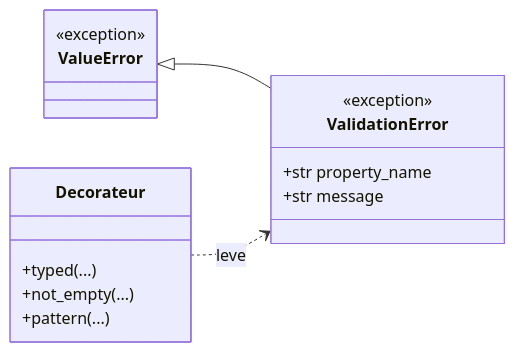
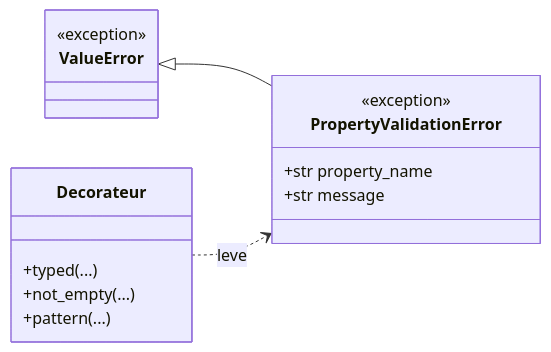
One commit to caucrogeGit/Forge changed the diagram in core/validation/docs/exceptions.md. Above: the diagram before and after it, drawn with Mermaid. The commit also changed other lines of this file and 9 other files, not shown here.

First line of the commit message:
refactor: renommer core.validation.ValidationError en PropertyValidationError (CORE-VALIDATIONERROR-UNIFY-001)

````diff
--- a/core/validation/docs/exceptions.md
+++ b/core/validation/docs/exceptions.md
@@ -48,23 +48,23 @@
 ```mermaid
 classDiagram
     direction LR
 
     class ValueError {
         <<exception>>
     }
 
-    class ValidationError {
+    class PropertyValidationError {
         <<exception>>
         +str property_name
         +str message
     }
 
     class Decorateur {
         +typed(...)
         +not_empty(...)
         +pattern(...)
     }
 
-    ValueError <|-- ValidationError
-    Decorateur ..> ValidationError : leve
+    ValueError <|-- PropertyValidationError
+    Decorateur ..> PropertyValidationError : leve
 ```
````
